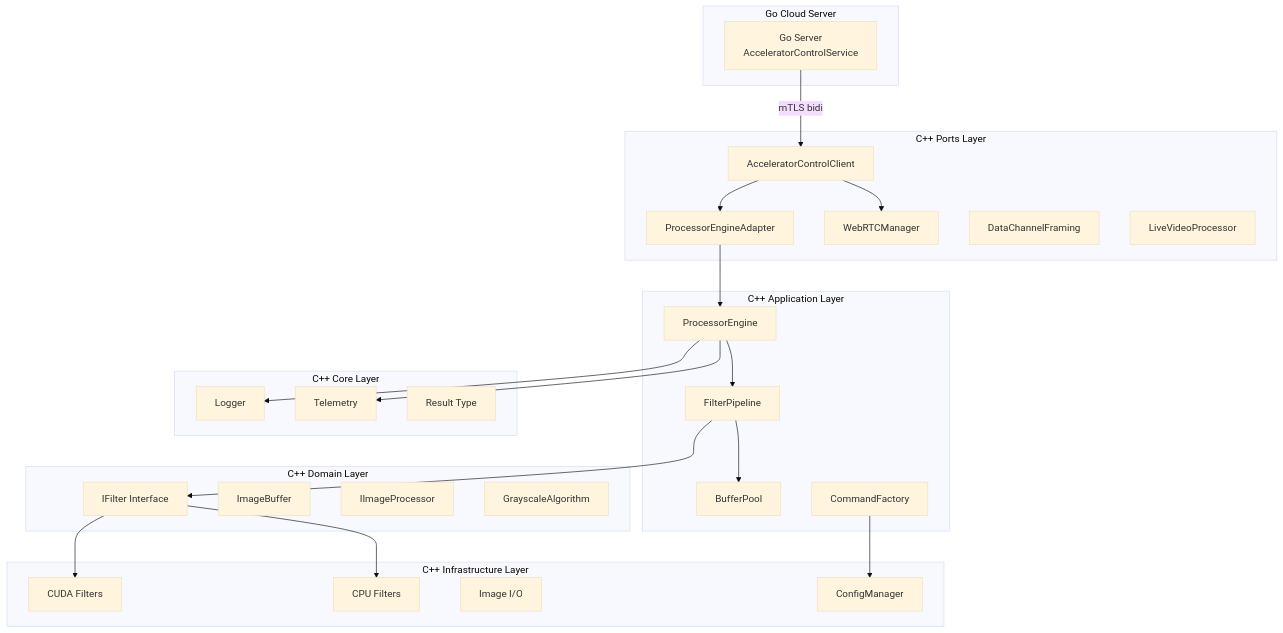
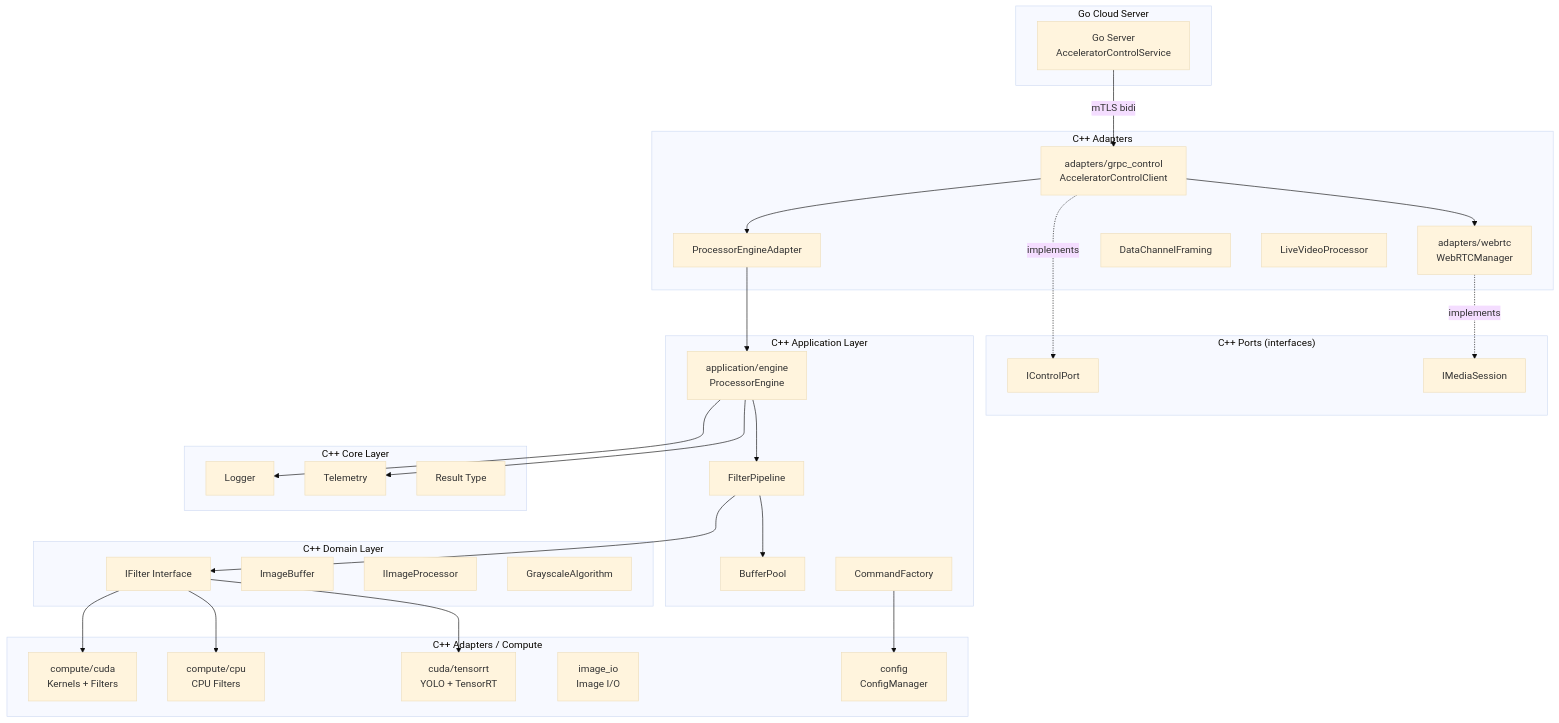
One commit to josnelihurt/learning-cuda changed the second of 6 diagrams in src/cpp_accelerator/README.md. Above: the diagram before and after it, drawn with Mermaid (base theme). The commit also changed other lines of this file, not shown here.

````diff
--- a/src/cpp_accelerator/README.md
+++ b/src/cpp_accelerator/README.md
@@ -91,55 +89,64 @@
 ```mermaid
 graph TB
     subgraph "Go Cloud Server"
         GoServer[Go Server<br/>AcceleratorControlService]
     end
 
-    subgraph "C++ Ports Layer"
-        AccelClient[AcceleratorControlClient]
+    subgraph "C++ Ports (interfaces)"
+        IControlPort[IControlPort]
+        IMediaSession[IMediaSession]
+    end
+
+    subgraph "C++ Adapters"
+        AccelClient[adapters/grpc_control<br/>AcceleratorControlClient]
         Provider[ProcessorEngineAdapter]
-        WebRTCPort[WebRTCManager]
+        WebRTCPort[adapters/webrtc<br/>WebRTCManager]
         DataChannelFraming[DataChannelFraming]
         LiveVideoProcessor[LiveVideoProcessor]
     end
 
     subgraph "C++ Application Layer"
-        ProcessorEngine[ProcessorEngine]
+        ProcessorEngine[application/engine<br/>ProcessorEngine]
         FilterPipeline[FilterPipeline]
         BufferPool[BufferPool]
         CommandFactory[CommandFactory]
     end
 
     subgraph "C++ Domain Layer"
         IFilter[IFilter Interface]
         ImageBuffer[ImageBuffer]
         IImageProcessor[IImageProcessor]
         GrayscaleAlgorithm[GrayscaleAlgorithm]
     end
 
-    subgraph "C++ Infrastructure Layer"
-        CudaFilters[CUDA Filters]
-        CpuFilters[CPU Filters]
-        ImageIO[Image I/O]
-        ConfigManager[ConfigManager]
+    subgraph "C++ Adapters / Compute"
+        CudaFilters[compute/cuda<br/>Kernels + Filters]
+        CpuFilters[compute/cpu<br/>CPU Filters]
+        TRTInference[cuda/tensorrt<br/>YOLO + TensorRT]
+        ImageIO[image_io<br/>Image I/O]
+        ConfigManager[config<br/>ConfigManager]
     end
 
     subgraph "C++ Core Layer"
         Logger[Logger]
         Telemetry[Telemetry]
         Result[Result Type]
     end
 
     GoServer -->|mTLS bidi| AccelClient
+    AccelClient -.->|implements| IControlPort
+    WebRTCPort -.->|implements| IMediaSession
     AccelClient --> Provider
     Provider --> ProcessorEngine
     AccelClient --> WebRTCPort
 
     ProcessorEngine --> FilterPipeline
     FilterPipeline --> BufferPool
     FilterPipeline --> IFilter
     IFilter --> CudaFilters
     IFilter --> CpuFilters
+    IFilter --> TRTInference
     CommandFactory --> ConfigManager
     ProcessorEngine --> Logger
     ProcessorEngine --> Telemetry
 ```
````
